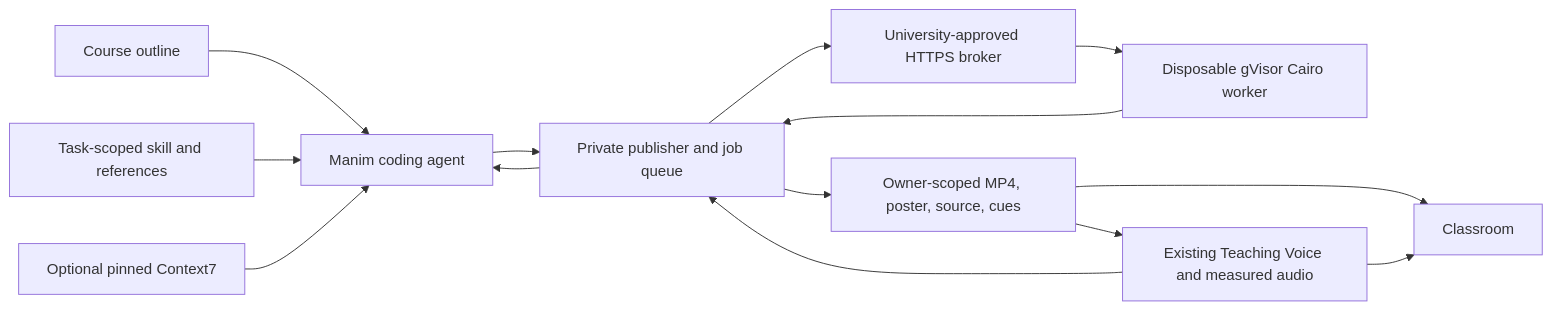
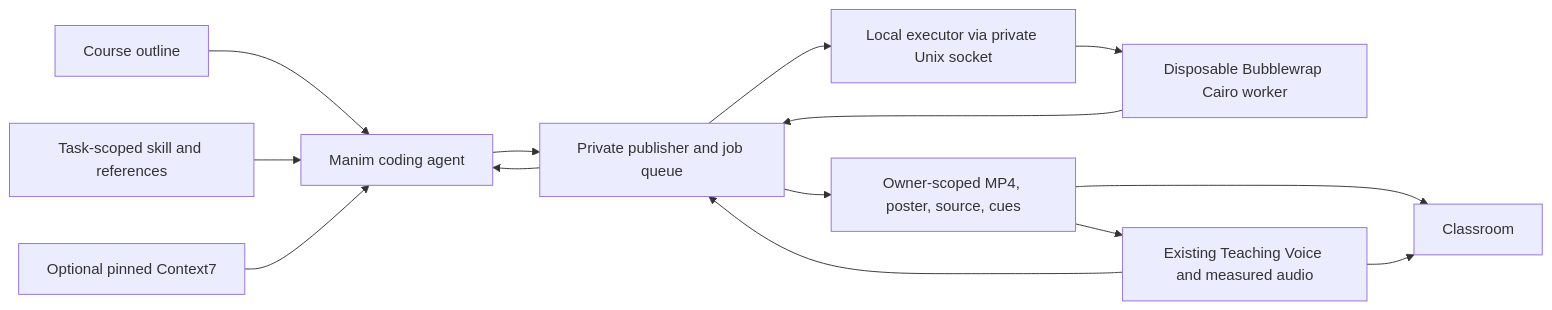
The diagram in docs/MANIM_VISUALIZATIONS.md (danishsshaikh/Sahaya), drawn with Mermaid before and after one commit. The commit also changed other lines of this file and 19 other files, not shown here.

Commit message:
Add verified local Bubblewrap execution for Manim

````diff
--- a/docs/MANIM_VISUALIZATIONS.md
+++ b/docs/MANIM_VISUALIZATIONS.md
@@ -7,16 +7,16 @@
 ```mermaid
 flowchart LR
   Outline["Course outline"] --> Agent["Manim coding agent"]
   Skill["Task-scoped skill and references"] --> Agent
   Context7["Optional pinned Context7"] --> Agent
   Agent --> Publisher["Private publisher and job queue"]
-  Publisher --> Broker["University-approved HTTPS broker"]
-  Broker --> Worker["Disposable gVisor Cairo worker"]
+  Publisher --> Broker["Local executor via private Unix socket"]
+  Broker --> Worker["Disposable Bubblewrap Cairo worker"]
   Worker --> Publisher
   Publisher --> Agent
   Publisher --> Store["Owner-scoped MP4, poster, source, cues"]
   Store --> Voice["Existing Teaching Voice and measured audio"]
   Voice --> Publisher
   Store --> Classroom["Classroom"]
   Voice --> Classroom
 ```
````
